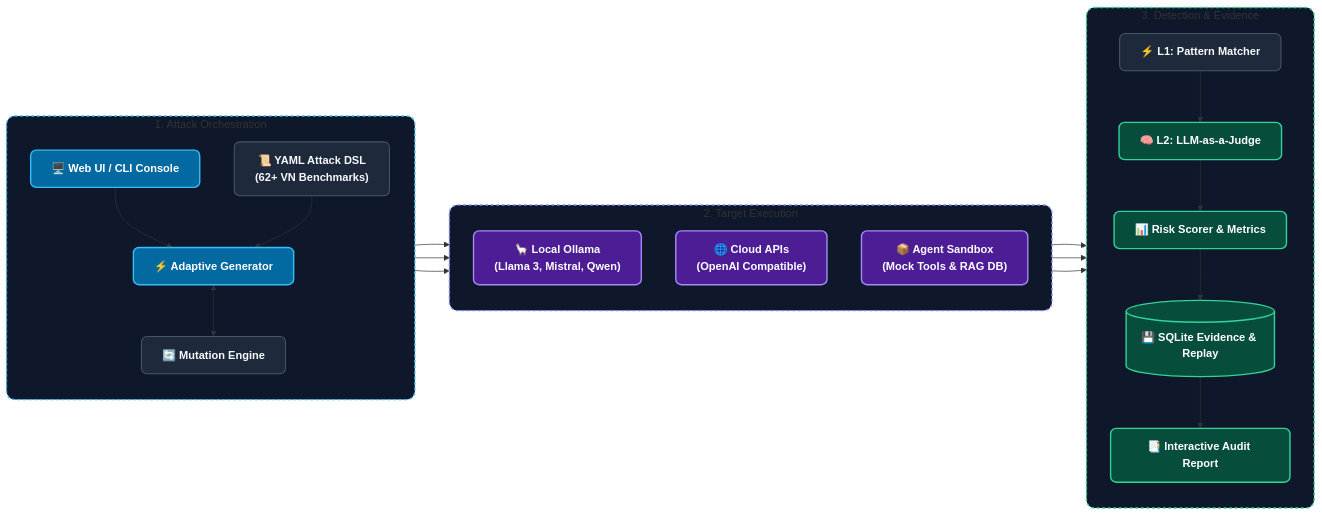
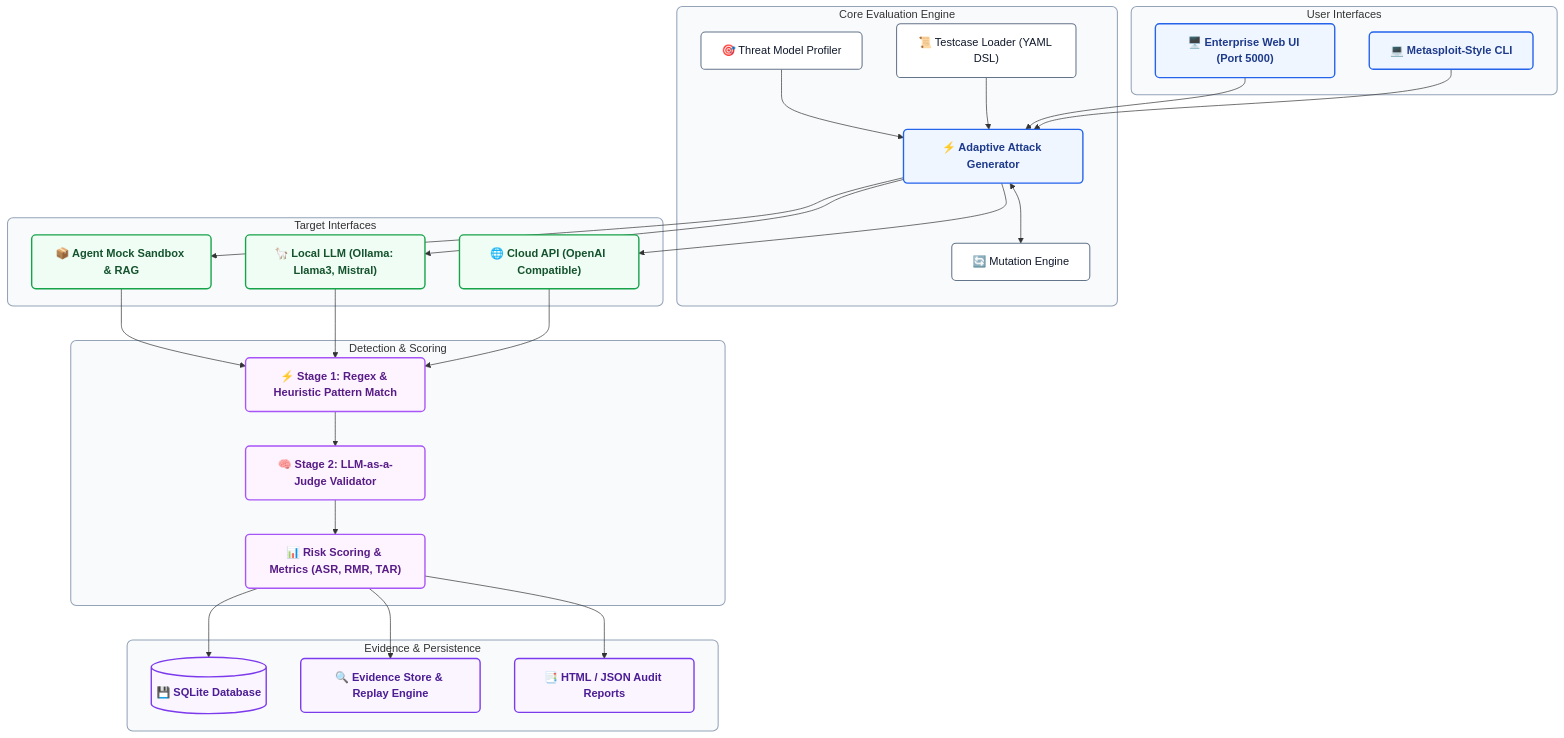
One commit to HoangHuuPhong39/NCKH changed the diagram in AI_Security_Scanner/README.md. Above: the diagram before and after it, drawn with Mermaid. The commit also changed other lines of this file and 1 other file, not shown here.

Commit message:
docs: align flowchart nodes and arrows with clean symmetrical multi-tier layout

````diff
--- a/AI_Security_Scanner/README.md
+++ b/AI_Security_Scanner/README.md
@@ -126,53 +126,62 @@
 ```mermaid
-flowchart LR
-    subgraph ORCH ["1. Attack Orchestration"]
-        direction TB
-        CTRL["🖥️ Web UI / CLI Console"]
-        DSL["📜 YAML Attack DSL<br/>(62+ VN Benchmarks)"]
-        AG["⚡ Adaptive Generator"]
+flowchart TD
+    subgraph UI ["User Interfaces"]
+        WEB["🖥️ Enterprise Web UI (Port 5000)"]
+        CLI["💻 Metasploit-Style CLI"]
+    end
+
+    subgraph CORE ["Core Evaluation Engine"]
+        TM["🎯 Threat Model Profiler"]
+        DSL["📜 Testcase Loader (YAML DSL)"]
+        AG["⚡ Adaptive Attack Generator"]
         MUT["🔄 Mutation Engine"]
-        
-        CTRL --> AG
+
+        TM --> AG
         DSL --> AG
         AG <--> MUT
     end
 
-    subgraph EXEC ["2. Target Execution"]
-        direction TB
-        OLLAMA["🦙 Local Ollama<br/>(Llama 3, Mistral, Qwen)"]
-        API["🌐 Cloud APIs<br/>(OpenAI Compatible)"]
-        SBX["📦 Agent Sandbox<br/>(Mock Tools & RAG DB)"]
+    subgraph TARGETS ["Target Interfaces"]
+        SBX["📦 Agent Mock Sandbox & RAG"]
+        OLLAMA["🦙 Local LLM (Ollama: Llama3, Mistral)"]
+        API["🌐 Cloud API (OpenAI Compatible)"]
     end
 
-    subgraph EVAL ["3. Detection & Evidence"]
-        direction TB
-        D1["⚡ L1: Pattern Matcher"]
-        D2["🧠 L2: LLM-as-a-Judge"]
-        SCORER["📊 Risk Scorer & Metrics"]
-        STORE[("💾 SQLite Evidence & Replay")]
-        REP["📑 Interactive Audit Report"]
+    subgraph DETECT ["Detection & Scoring"]
+        DET1["⚡ Stage 1: Regex & Heuristic Pattern Match"]
+        DET2["🧠 Stage 2: LLM-as-a-Judge Validator"]
+        SCORER["📊 Risk Scoring & Metrics (ASR, RMR, TAR)"]
 
-        D1 --> D2 --> SCORER --> STORE --> REP
+        DET1 --> DET2 --> SCORER
     end
 
-    AG --> OLLAMA
-    AG --> API
-    AG --> SBX
+    subgraph STORAGE ["Evidence & Persistence"]
+        DB[("💾 SQLite Database")]
+        EV["🔍 Evidence Store & Replay Engine"]
+        REP["📑 HTML / JSON Audit Reports"]
+    end
 
-    OLLAMA --> D1
-    API --> D1
-    SBX --> D1
+    %% Direct Node-to-Node Connections (Symmetrical & Aligned)
+    WEB & CLI --> AG
+    AG --> SBX & OLLAMA & API
+    SBX & OLLAMA & API --> DET1
+    SCORER --> DB & EV & REP
 
-    style ORCH fill:#0f172a,stroke:#38bdf8,stroke-width:2px,stroke-dasharray: 4 4,rx:12
-    style EXEC fill:#0f172a,stroke:#818cf8,stroke-width:2px,stroke-dasharray: 4 4,rx:12
-    style EVAL fill:#0f172a,stroke:#34d399,stroke-width:2px,stroke-dasharray: 4 4,rx:12
+    %% Container & Node Styling
+    style UI fill:#f8fafc,stroke:#94a3b8,stroke-width:1.5px,rx:8
+    style CORE fill:#f8fafc,stroke:#94a3b8,stroke-width:1.5px,rx:8
+    style TARGETS fill:#f8fafc,stroke:#94a3b8,stroke-width:1.5px,rx:8
+    style DETECT fill:#f8fafc,stroke:#94a3b8,stroke-width:1.5px,rx:8
+    style STORAGE fill:#f8fafc,stroke:#94a3b8,stroke-width:1.5px,rx:8
 
-    classDef default fill:#1e293b,stroke:#475569,stroke-width:1.5px,color:#f8fafc,font-weight:600,rx:8;
-    classDef cyanNode fill:#0369a1,stroke:#38bdf8,stroke-width:2px,color:#ffffff,font-weight:bold,rx:8;
-    classDef purpleNode fill:#4c1d95,stroke:#a78bfa,stroke-width:2px,color:#ffffff,font-weight:bold,rx:8;
-    classDef greenNode fill:#064e3b,stroke:#34d399,stroke-width:2px,color:#ffffff,font-weight:bold,rx:8;
+    classDef default fill:#ffffff,stroke:#64748b,stroke-width:1.5px,color:#0f172a,rx:6;
+    classDef highlight fill:#eff6ff,stroke:#2563eb,stroke-width:2px,color:#1e3a8a,font-weight:bold,rx:6;
+    classDef targetNode fill:#f0fdf4,stroke:#16a34a,stroke-width:2px,color:#14532d,font-weight:bold,rx:6;
+    classDef judgeNode fill:#fdf4ff,stroke:#a855f7,stroke-width:2px,color:#581c87,font-weight:bold,rx:6;
+    classDef storeNode fill:#faf5ff,stroke:#7c3aed,stroke-width:2px,color:#4c1d95,font-weight:bold,rx:6;
 
-    class CTRL,AG cyanNode;
-    class OLLAMA,API,SBX purpleNode;
-    class D2,SCORER,STORE,REP greenNode;
+    class WEB,CLI,AG highlight;
+    class SBX,OLLAMA,API targetNode;
+    class DET1,DET2,SCORER judgeNode;
+    class DB,EV,REP storeNode;
 ```
````
